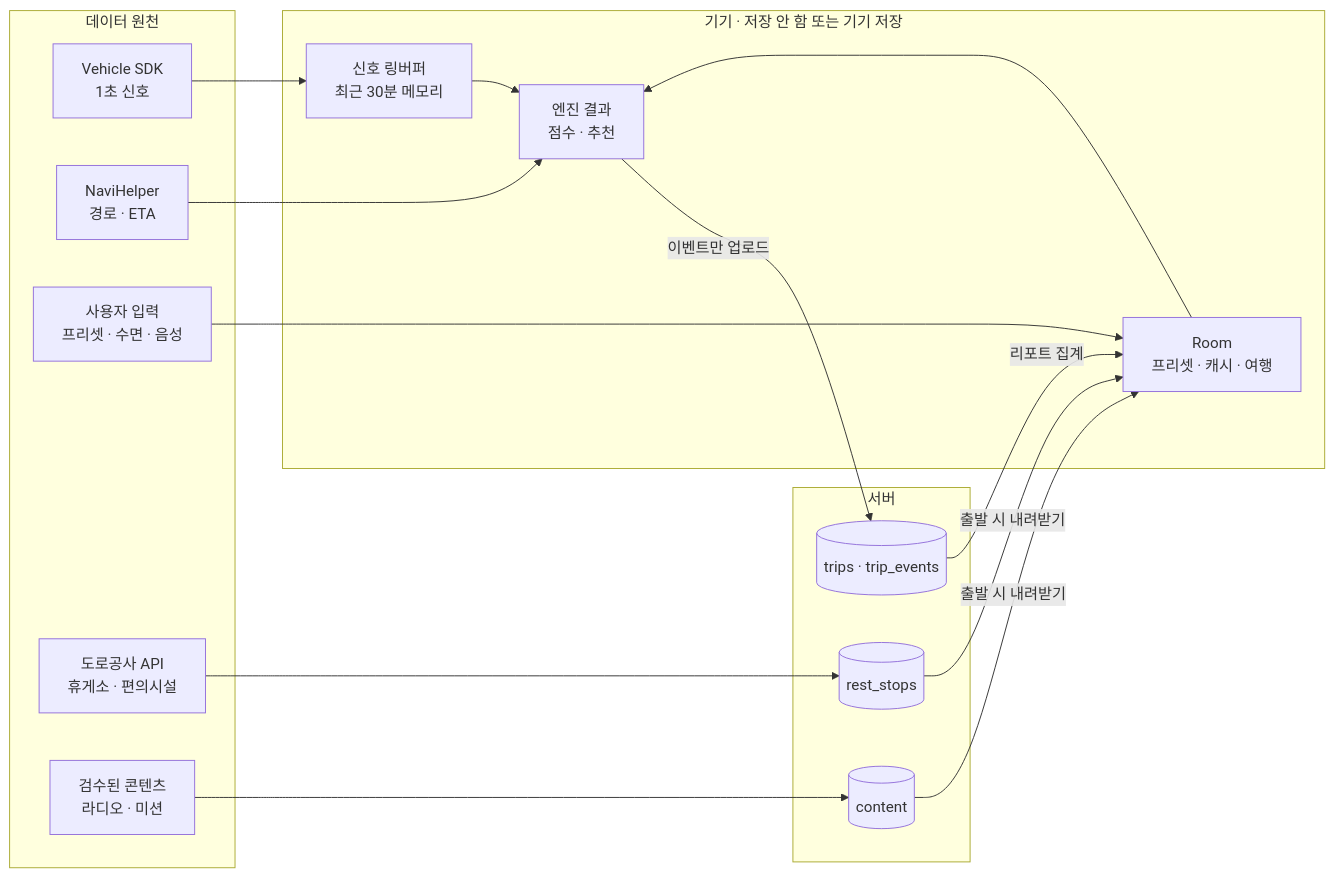
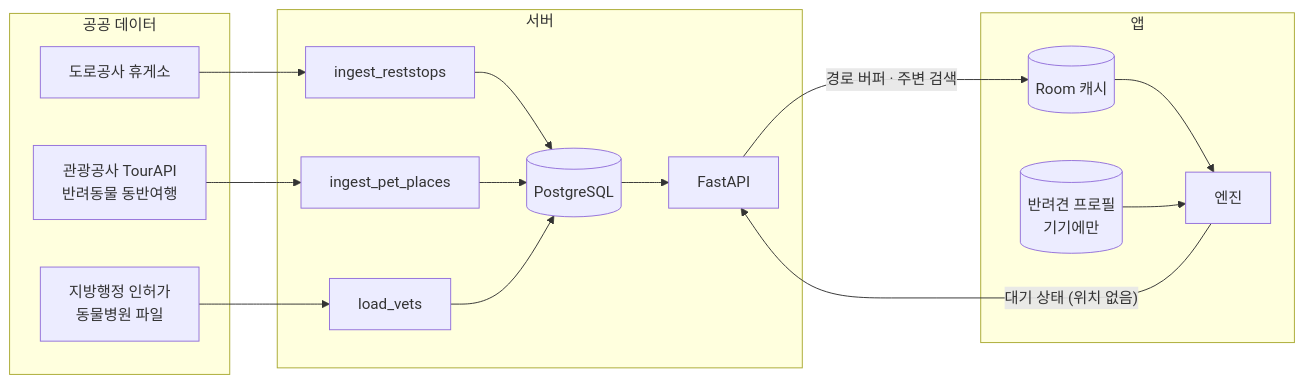
One commit to xuxtaku7610-del/every-moment-of-pause changed the sixth of 6 diagrams in flowchart.md. Above: the diagram before and after it, drawn with Mermaid. The commit also changed other lines of this file and 159 other files, not shown here.

````diff
--- a/flowchart.md
+++ b/flowchart.md
@@ -138,31 +130,26 @@
 ```mermaid
 flowchart LR
-    subgraph SRC["데이터 원천"]
-        S1["Vehicle SDK<br/>1초 신호"]
-        S2["NaviHelper<br/>경로 · ETA"]
-        S3["사용자 입력<br/>프리셋 · 수면 · 음성"]
-        S4["도로공사 API<br/>휴게소 · 편의시설"]
-        S5["검수된 콘텐츠<br/>라디오 · 미션"]
-    end
-    subgraph DEVICE["기기 · 저장 안 함 또는 기기 저장"]
-        M1["신호 링버퍼<br/>최근 30분 메모리"]
-        M2["Room<br/>프리셋 · 캐시 · 여행"]
-        M3["엔진 결과<br/>점수 · 추천"]
+    subgraph PUBLIC["공공 데이터"]
+        EX["도로공사 휴게소"]
+        TOUR["관광공사 TourAPI<br/>반려동물 동반여행"]
+        LIC["지방행정 인허가<br/>동물병원 파일"]
     end
     subgraph SERVER["서버"]
-        D1[("rest_stops")]
-        D2[("content")]
-        D3[("trips · trip_events")]
+        J1["ingest_reststops"]
+        J2["ingest_pet_places"]
+        J3["load_vets"]
+        DB[("PostgreSQL")]
+        API["FastAPI"]
     end
-    S1 --> M1
-    M1 --> M3
-    S2 --> M3
-    S3 --> M2
-    M2 --> M3
-    S4 --> D1
-    S5 --> D2
-    D1 -->|"출발 시 내려받기"| M2
-    D2 -->|"출발 시 내려받기"| M2
-    M3 -->|"이벤트만 업로드"| D3
-    D3 -->|"리포트 집계"| M2
+    subgraph APP["앱"]
+        CACHE[("Room 캐시")]
+        ENG["엔진"]
+        PROF[("반려견 프로필<br/>기기에만")]
+    end
+    EX --> J1 --> DB
+    TOUR --> J2 --> DB
+    LIC --> J3 --> DB
+    DB --> API -->|"경로 버퍼 · 주변 검색"| CACHE --> ENG
+    PROF --> ENG
+    ENG -->|"대기 상태 (위치 없음)"| API
 ```
````
